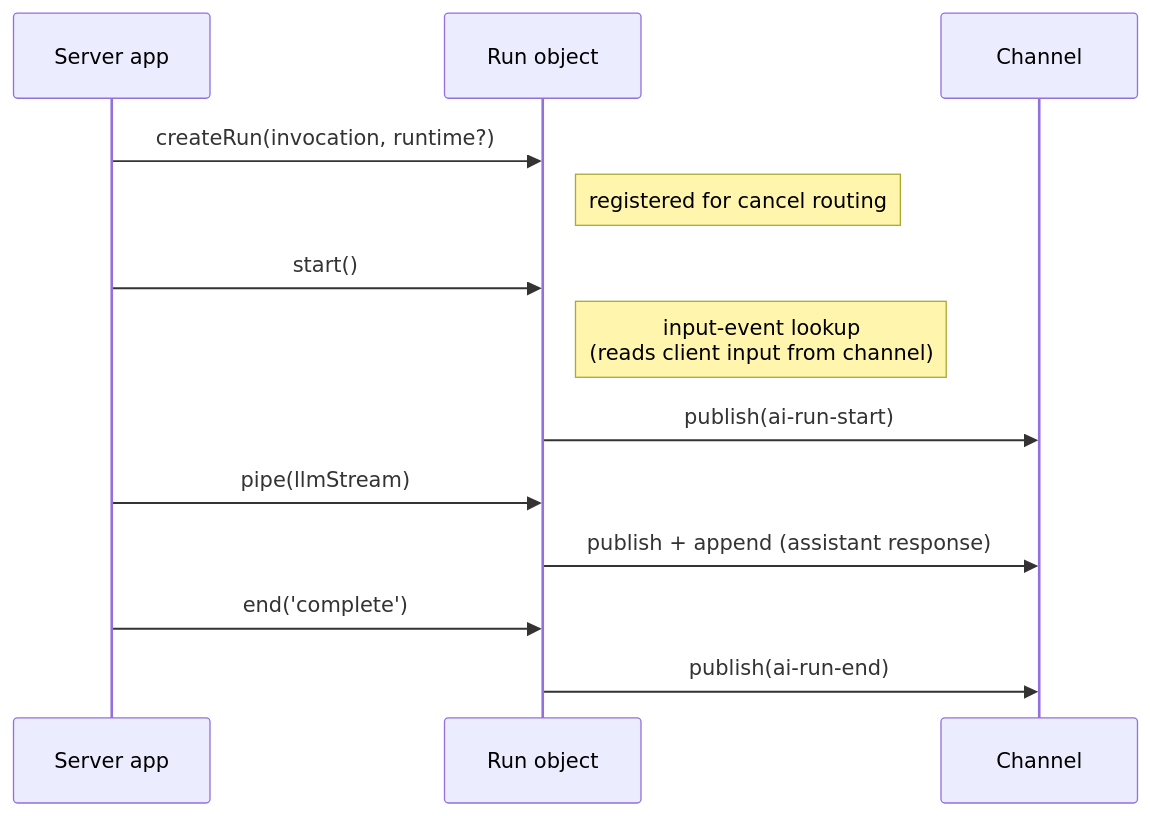
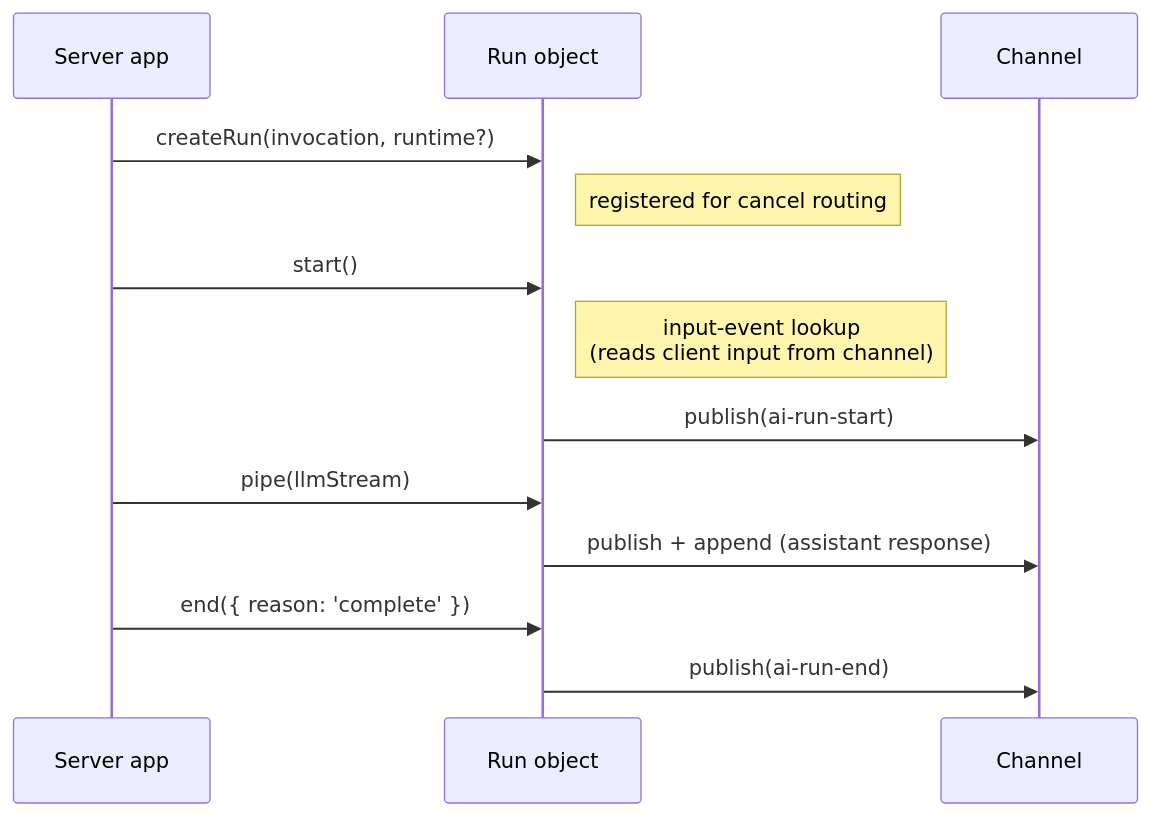
Before and after one commit to ably/ably-ai-transport-js: the diagram in docs/internals/agent-session.md, drawn with Mermaid. The commit also changed other lines of this file and 45 other files, not shown here.

````diff
--- a/docs/internals/agent-session.md
+++ b/docs/internals/agent-session.md
@@ -34,16 +34,16 @@
 ```mermaid
 sequenceDiagram
     participant App as Server app
     participant Run as Run object
     participant Ch as Channel
 
     App->>Run: createRun(invocation, runtime?)
     Note right of Run: registered for cancel routing
     App->>Run: start()
     Note right of Run: input-event lookup<br/>(reads client input from channel)
     Run->>Ch: publish(ai-run-start)
     App->>Run: pipe(llmStream)
     Run->>Ch: publish + append (assistant response)
-    App->>Run: end('complete')
+    App->>Run: end({ reason: 'complete' })
     Run->>Ch: publish(ai-run-end)
 ```
````
